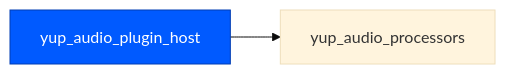
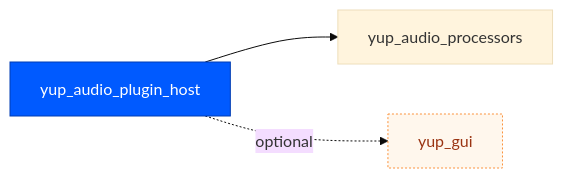
Diagram 23 of 25 in docs/modules.md (kunitoki/yup), drawn with Mermaid (base theme) before and after one commit. The commit also changed other lines of this file and 30 other files, not shown here.

````diff
--- a/docs/modules.md
+++ b/docs/modules.md
@@ -436,6 +442,8 @@
 ```mermaid
 flowchart LR
     yup_audio_plugin_host:::self --> yup_audio_processors
+    yup_audio_plugin_host -. optional .-> yup_gui:::opt
     classDef self fill:#005aff,color:#fff,stroke:#003db3;
     classDef ext fill:#f3f4f6,color:#374151,stroke:#9ca3af,stroke-dasharray:4 3;
+    classDef opt fill:#fff7ed,color:#9a3412,stroke:#fb923c,stroke-dasharray:2 2;
 ```
````
